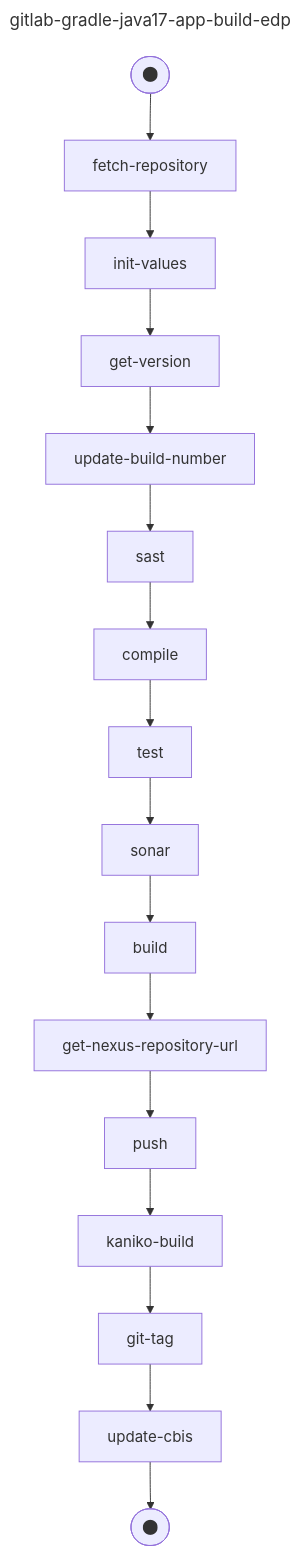
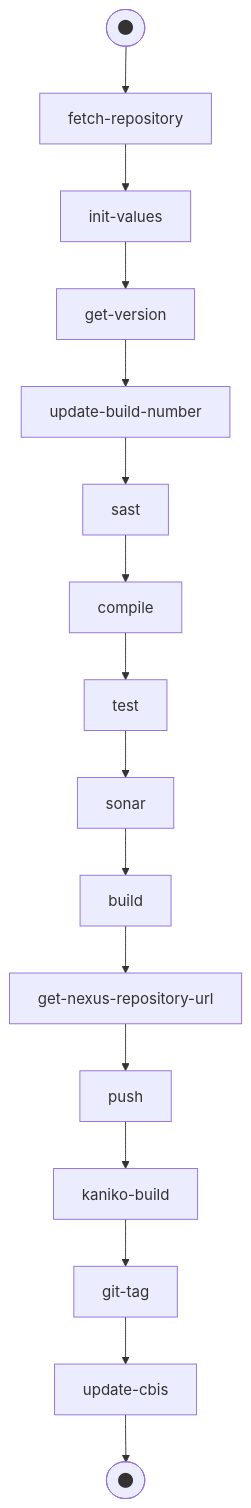
Before and after one commit to epam/edp-install: the diagram in docs/user-guide/build-pipeline.md, drawn with Mermaid. The commit also changed 16 other files, not shown here.

````diff
--- a/docs/user-guide/build-pipeline.md
+++ b/docs/user-guide/build-pipeline.md
@@ -16,21 +16,18 @@
 ```mermaid
----
-title: gitlab-gradle-java17-app-build-edp
----
 flowchart TD
    build --> get-nexus-repository-url
    compile --> test
    start([fa:fa-circle]) --> fetch-repository
    fetch-repository --> init-values
    get-nexus-repository-url --> push
    get-version --> update-build-number
    git-tag --> update-cbis
    init-values --> get-version
    kaniko-build --> git-tag
    push --> kaniko-build
    sast --> compile
    sonar --> build
    test --> sonar
    update-build-number --> sast
    update-cbis --> stop([fa:fa-circle])
 ```
````
